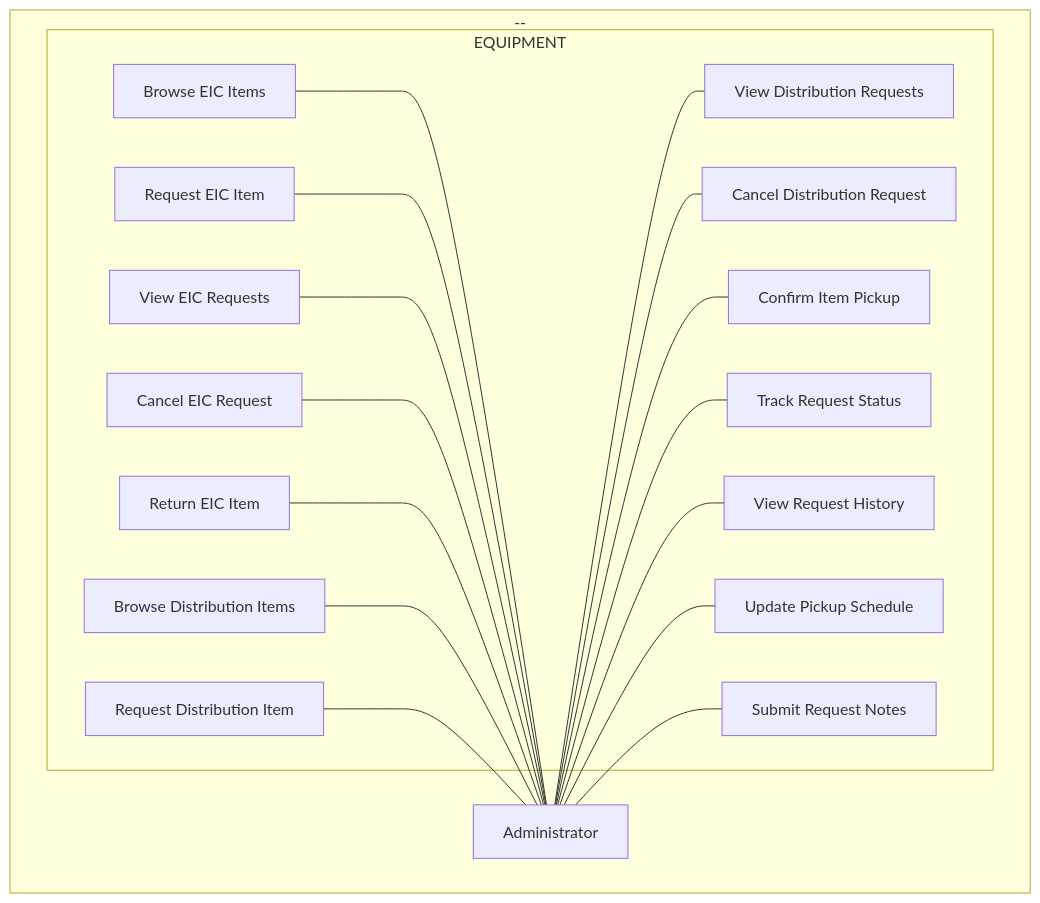
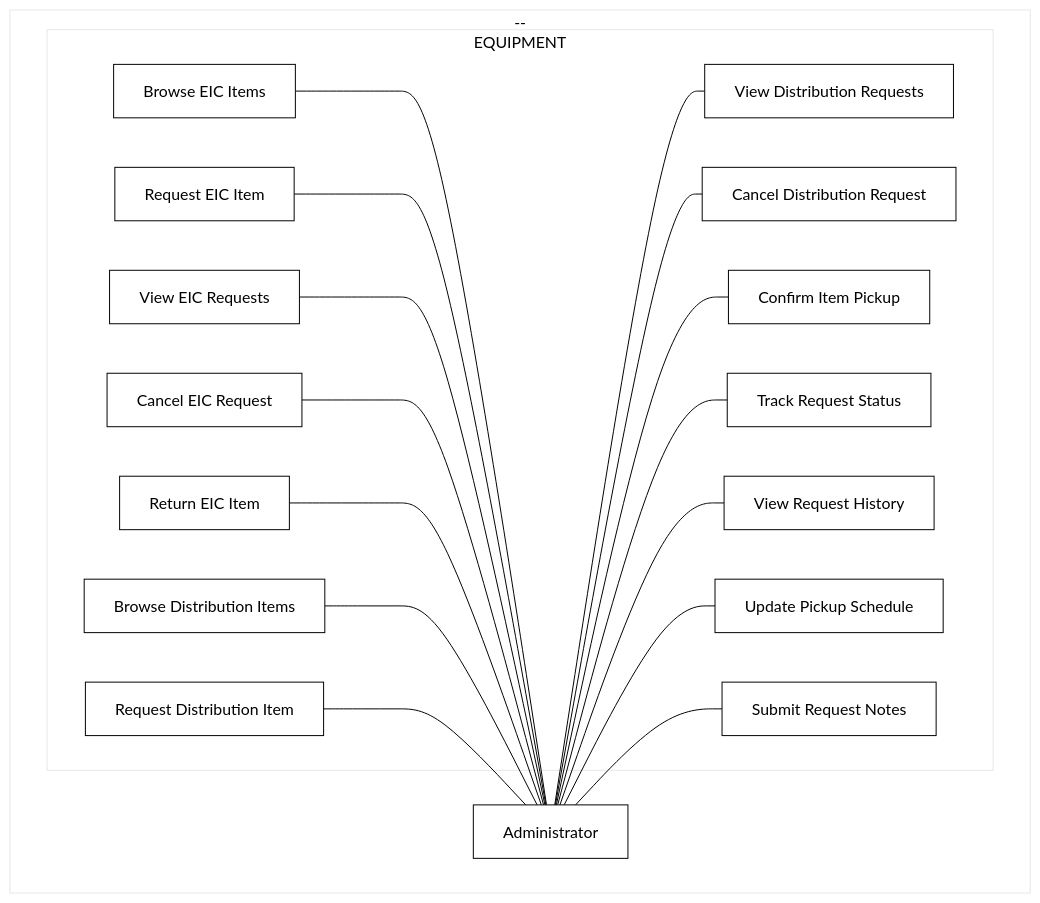
Before and after one commit to Sean-Brix/Farmer-Connect: the diagram in Documentation/MERMAID/Use_Case/equipment-use-cases.mmd, drawn with Mermaid. The commit also changed 77 other files, not shown here.

```diff
--- a/Documentation/MERMAID/Use_Case/equipment-use-cases.mmd
+++ b/Documentation/MERMAID/Use_Case/equipment-use-cases.mmd
@@ -1,43 +1,58 @@
+%%{init: {
+  'theme': 'base',
+  'themeVariables': {
+    'primaryColor': '#ffffff',
+    'primaryTextColor': '#000000',
+    'primaryBorderColor': '#000000',
+    'lineColor': '#000000',
+    'secondaryColor': '#f8f8f8',
+    'tertiaryColor': '#ffffff',
+    'background': '#ffffff',
+    'mainBkg': '#ffffff',
+    'secondBkg': '#f8f8f8',
+    'tertiaryTextColor': '#000000'
+  }
+}}%%
 flowchart TB
 
     subgraph "--"
 
         subgraph "EQUIPMENT"
             UC1[Browse EIC Items]
             UC2[Request EIC Item]
             UC3[View EIC Requests]
             UC4[Cancel EIC Request]
             UC5[Return EIC Item]
             UC6[Browse Distribution Items]
             UC7[Request Distribution Item]
         end
             
         A1[Administrator]
         
         subgraph "EQUIPMENT"
             UC8[View Distribution Requests]
             UC9[Cancel Distribution Request]
             UC10[Confirm Item Pickup]
             UC11[Track Request Status]
             UC12[View Request History]
             UC13[Update Pickup Schedule]
             UC14[Submit Request Notes]
         end
 
     end
 
     A1 --- UC8
     A1 --- UC9
     A1 --- UC10
     A1 --- UC11
     A1 --- UC12
     A1 --- UC13
     A1 --- UC14
     
     UC1 <--- A1
     UC2 <--- A1
     UC3 <--- A1
     UC4 <--- A1
     UC5 <--- A1
     UC6 <--- A1
     UC7 <--- A1
```
